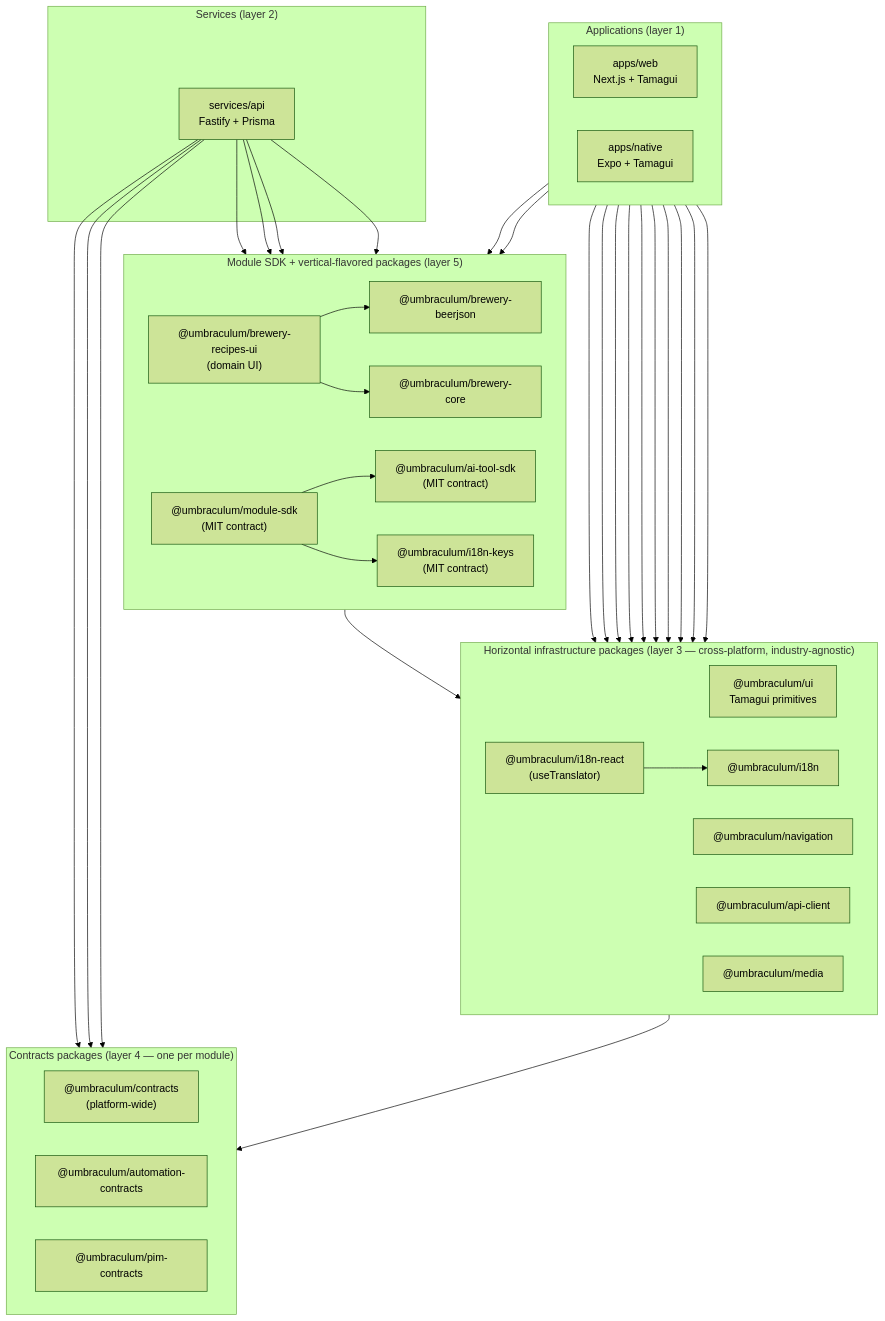
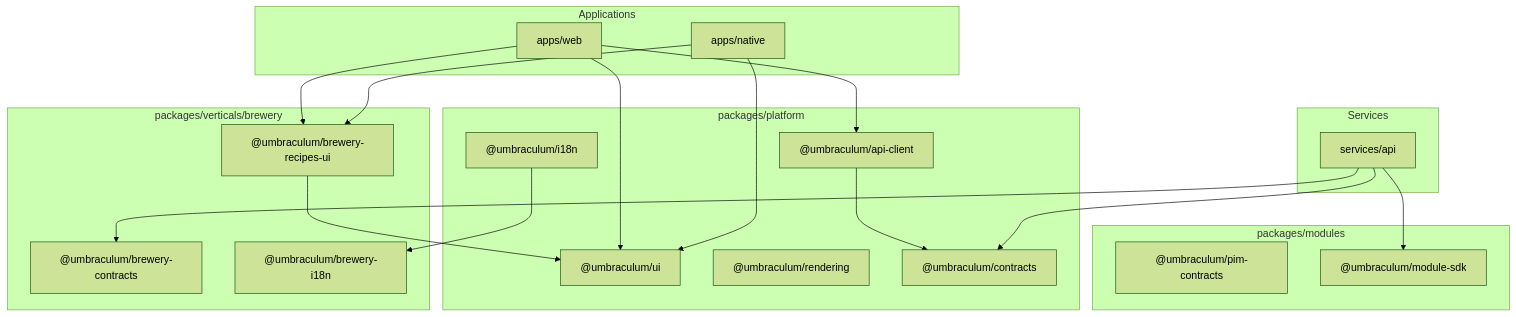
Before and after one commit to umbraculum-dev/umbraculum-dev: the diagram in docs/REPOSITORY-STRUCTURE.md, drawn with Mermaid (forest theme). The commit also changed other lines of this file and 8 other files, not shown here.

````diff
--- a/docs/REPOSITORY-STRUCTURE.md
+++ b/docs/REPOSITORY-STRUCTURE.md
@@ -160,71 +169,42 @@
 ```mermaid
 graph TB
-  subgraph apps_tier["Applications (layer 1)"]
-    direction LR
-    web["apps/web<br/>Next.js + Tamagui"]
-    native["apps/native<br/>Expo + Tamagui"]
+  subgraph apps_tier["Applications"]
+    web["apps/web"]
+    native["apps/native"]
   end
 
-  subgraph svc_tier["Services (layer 2)"]
-    api["services/api<br/>Fastify + Prisma"]
+  subgraph svc_tier["Services"]
+    api["services/api"]
   end
 
-  subgraph cp_tier["Horizontal infrastructure packages (layer 3 — cross-platform, industry-agnostic)"]
-    direction LR
-    ui["@umbraculum/ui<br/>Tamagui primitives"]
-    nav["@umbraculum/navigation"]
-    i18nr["@umbraculum/i18n-react<br/>(useTranslator)"]
+  subgraph plat_tier["packages/platform"]
+    ui["@umbraculum/ui"]
     i18n["@umbraculum/i18n"]
     apic["@umbraculum/api-client"]
-    media["@umbraculum/media"]
+    rend["@umbraculum/rendering"]
+    cont["@umbraculum/contracts"]
   end
 
-  subgraph cn_tier["Contracts packages (layer 4 — one per module)"]
-    direction LR
-    cont["@umbraculum/contracts<br/>(platform-wide)"]
-    autoc["@umbraculum/automation-contracts"]
+  subgraph mod_tier["packages/modules"]
     pimc["@umbraculum/pim-contracts"]
+    sdk["@umbraculum/module-sdk"]
   end
 
-  subgraph mod_tier["Module SDK + vertical-flavored packages (layer 5)"]
-    direction LR
-    sdk["@umbraculum/module-sdk<br/>(MIT contract)"]
-    atsdk["@umbraculum/ai-tool-sdk<br/>(MIT contract)"]
-    i18nkeys["@umbraculum/i18n-keys<br/>(MIT contract)"]
-    bcore["@umbraculum/brewery-core"]
-    bjson["@umbraculum/brewery-beerjson"]
-    brui["@umbraculum/brewery-recipes-ui<br/>(domain UI)"]
+  subgraph vert_tier["packages/verticals/brewery"]
+    bcont["@umbraculum/brewery-contracts"]
+    brui["@umbraculum/brewery-recipes-ui"]
+    bi18n["@umbraculum/brewery-i18n"]
   end
 
   web --> ui
-  web --> nav
-  web --> i18nr
+  web --> brui
   web --> apic
-  web --> media
-  web --> brui
-
   native --> ui
-  native --> nav
-  native --> i18nr
-  native --> apic
-  native --> media
   native --> brui
-
   brui --> ui
-  brui --> bjson
-  brui --> bcore
-
-  i18nr --> i18n
+  i18n --> bi18n
   apic --> cont
-
   api --> cont
-  api --> autoc
-  api --> pimc
+  api --> bcont
   api --> sdk
-  api --> atsdk
-  api --> bcore
-  api --> bjson
-
-  sdk --> atsdk
-  sdk --> i18nkeys
 ```
````
